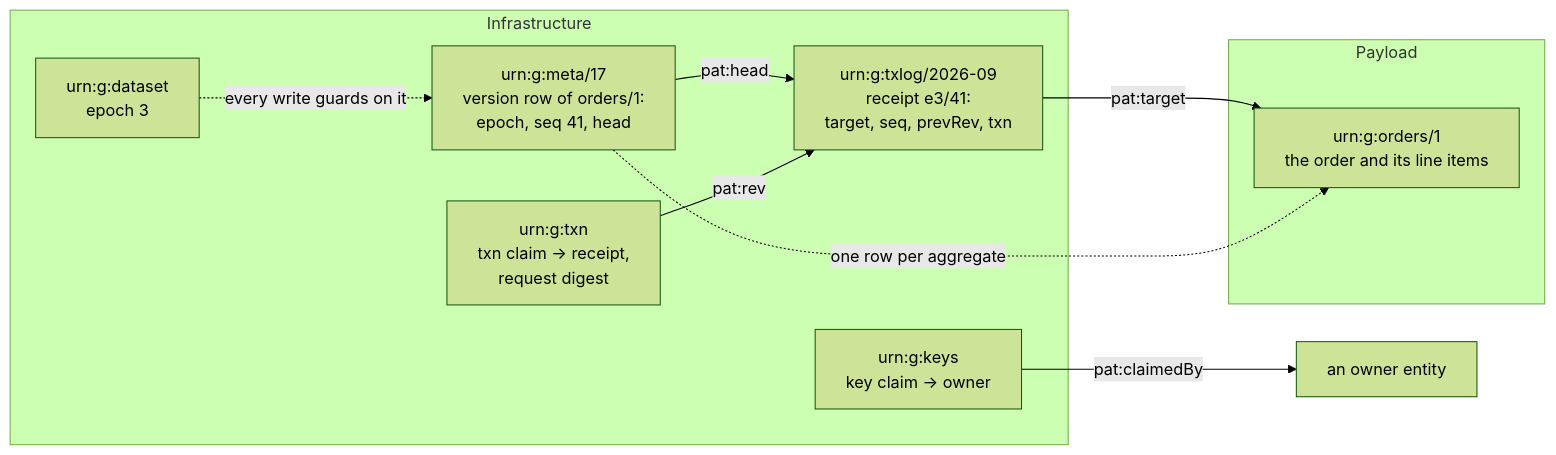
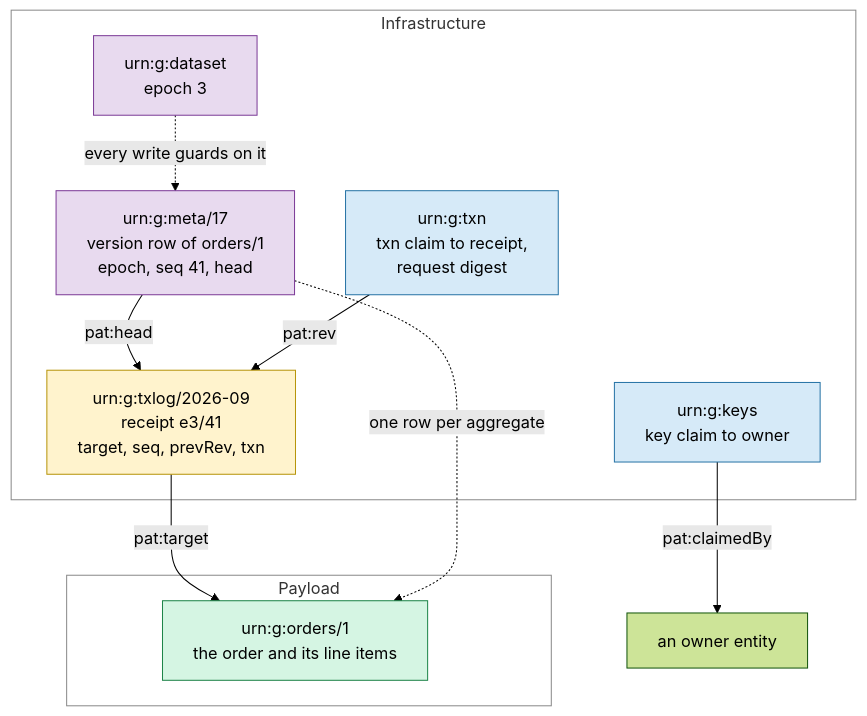
One commit to nebularis/lattice changed the fifth of 50 diagrams in ontology/persistence/README.md. Above: the diagram before and after it, drawn with Mermaid (forest theme). The commit also changed other lines of this file and 9 other files, not shown here.

````diff
--- a/ontology/persistence/README.md
+++ b/ontology/persistence/README.md
@@ -516,19 +551,25 @@
 ```mermaid
-flowchart LR
+flowchart TB
     subgraph PAYLOAD["Payload"]
-        O1["urn:g:orders/1<br/>the order and its line items"]
+        O1["urn:g:orders/1<br/>the order and its line items"]:::data
     end
     subgraph INFRA["Infrastructure"]
-        D["urn:g:dataset<br/>epoch 3"]
-        M["urn:g:meta/17<br/>version row of orders/1:<br/>epoch, seq 41, head"]
-        T["urn:g:txn<br/>txn claim → receipt,<br/>request digest"]
-        L["urn:g:txlog/2026-09<br/>receipt e3/41:<br/>target, seq, prevRev, txn"]
-        K["urn:g:keys<br/>key claim → owner"]
+        D["urn:g:dataset<br/>epoch 3"]:::meta
+        M["urn:g:meta/17<br/>version row of orders/1<br/>epoch, seq 41, head"]:::meta
+        T["urn:g:txn<br/>txn claim to receipt,<br/>request digest"]:::txn
+        L["urn:g:txlog/2026-09<br/>receipt e3/41<br/>target, seq, prevRev, txn"]:::log
+        K["urn:g:keys<br/>key claim to owner"]:::txn
     end
     M -- "pat:head" --> L
     T -- "pat:rev" --> L
     L -- "pat:target" --> O1
     M -. "one row per aggregate" .-> O1
     K -- "pat:claimedBy" --> P["an owner entity"]
     D -. "every write guards on it" .-> M
+    style PAYLOAD fill:none,stroke:#8a8a8a
+    style INFRA fill:none,stroke:#8a8a8a
+    classDef meta fill:#e8daef,stroke:#7d3c98,color:#000
+    classDef txn fill:#d6eaf8,stroke:#2874a6,color:#000
+    classDef data fill:#d5f5e3,stroke:#1e8449,color:#000
+    classDef log fill:#fff3cd,stroke:#b7950b,color:#000
 ```
````
